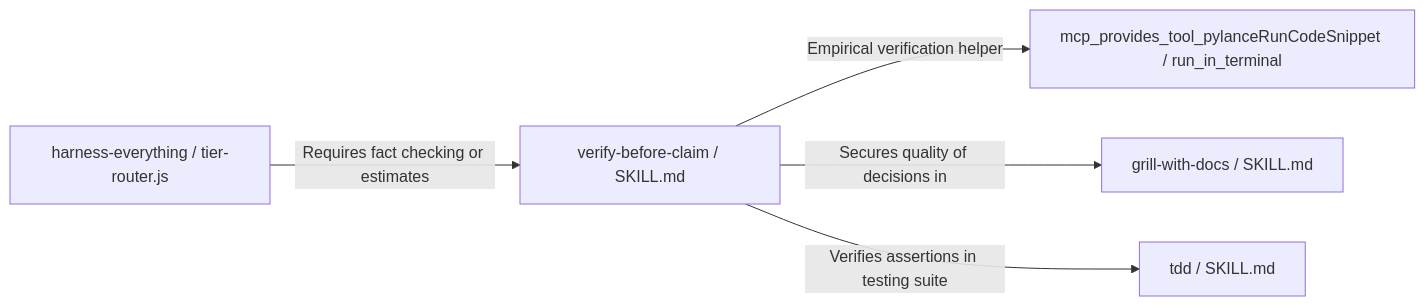
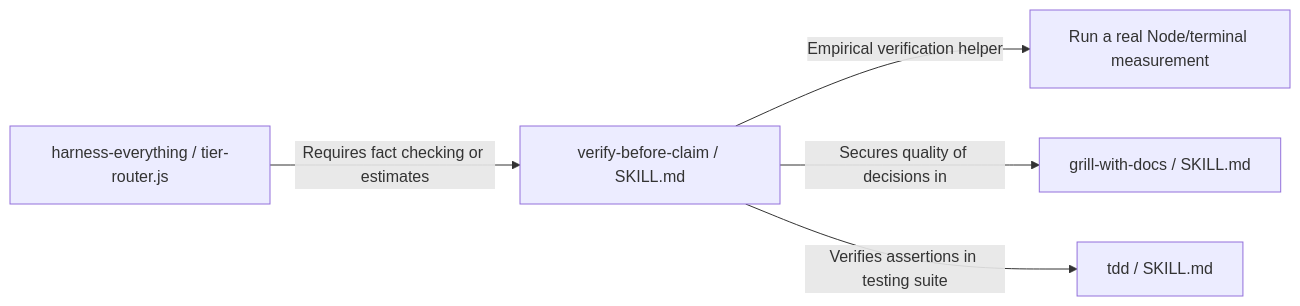
Before and after one commit to dyphn1/Harness-everything: the second of 3 diagrams in docs/workflows/verify-before-claim.md, drawn with Mermaid. The commit also changed 59 other files, not shown here.

````diff
--- a/docs/workflows/verify-before-claim.md
+++ b/docs/workflows/verify-before-claim.md
@@ -32,7 +32,7 @@
 ```mermaid
 graph LR
   Router["harness-everything / tier-router.js"] -->|Requires fact checking or estimates| VBC["verify-before-claim / SKILL.md"]
-  VBC -->|Empirical verification helper| RunCode["mcp_provides_tool_pylanceRunCodeSnippet / run_in_terminal"]
+  VBC -->|Empirical verification helper| RunCode["Run a real Node/terminal measurement"]
   VBC -->|Secures quality of decisions in| GWD["grill-with-docs / SKILL.md"]
   VBC -->|Verifies assertions in testing suite| TDD["tdd / SKILL.md"]
 ```
````
